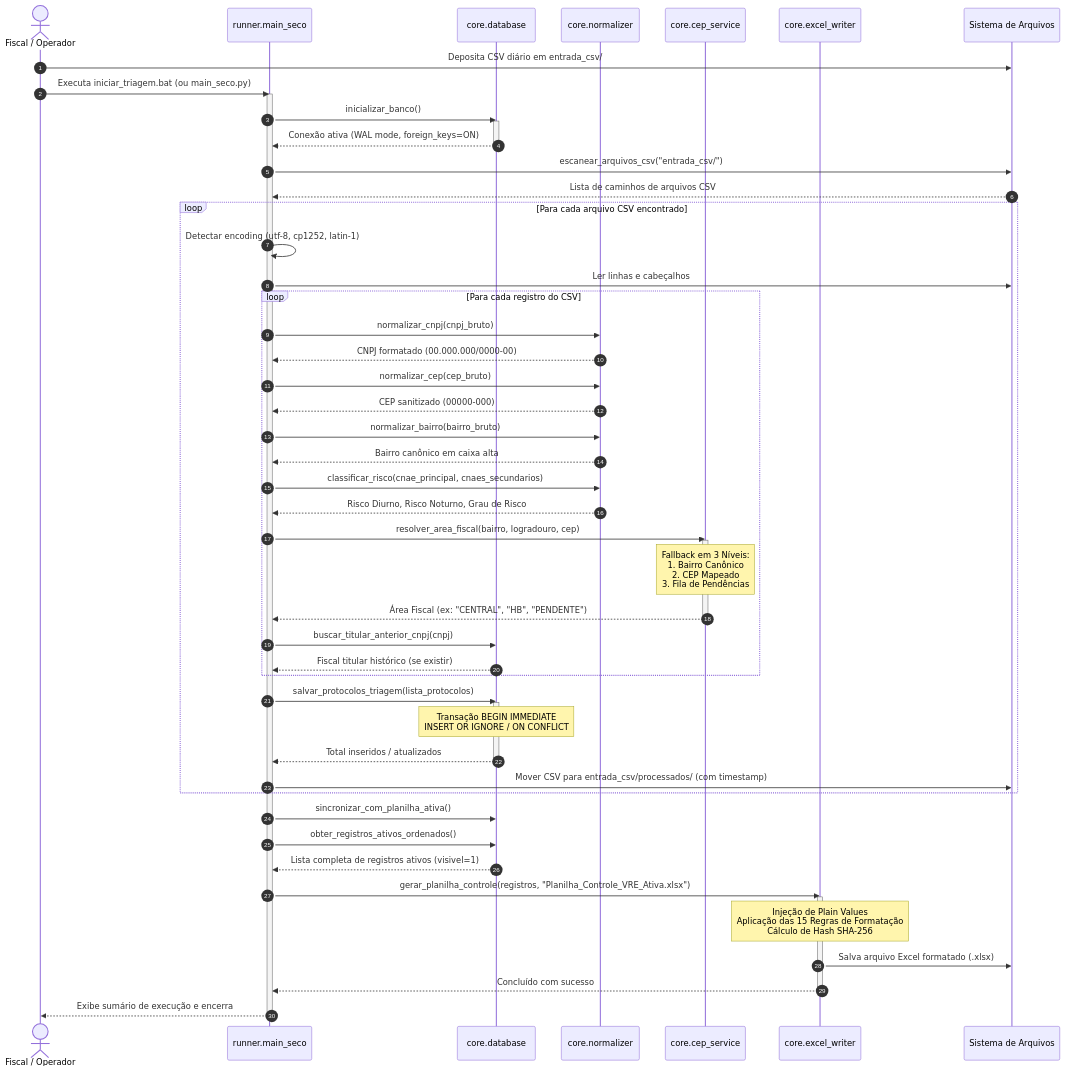
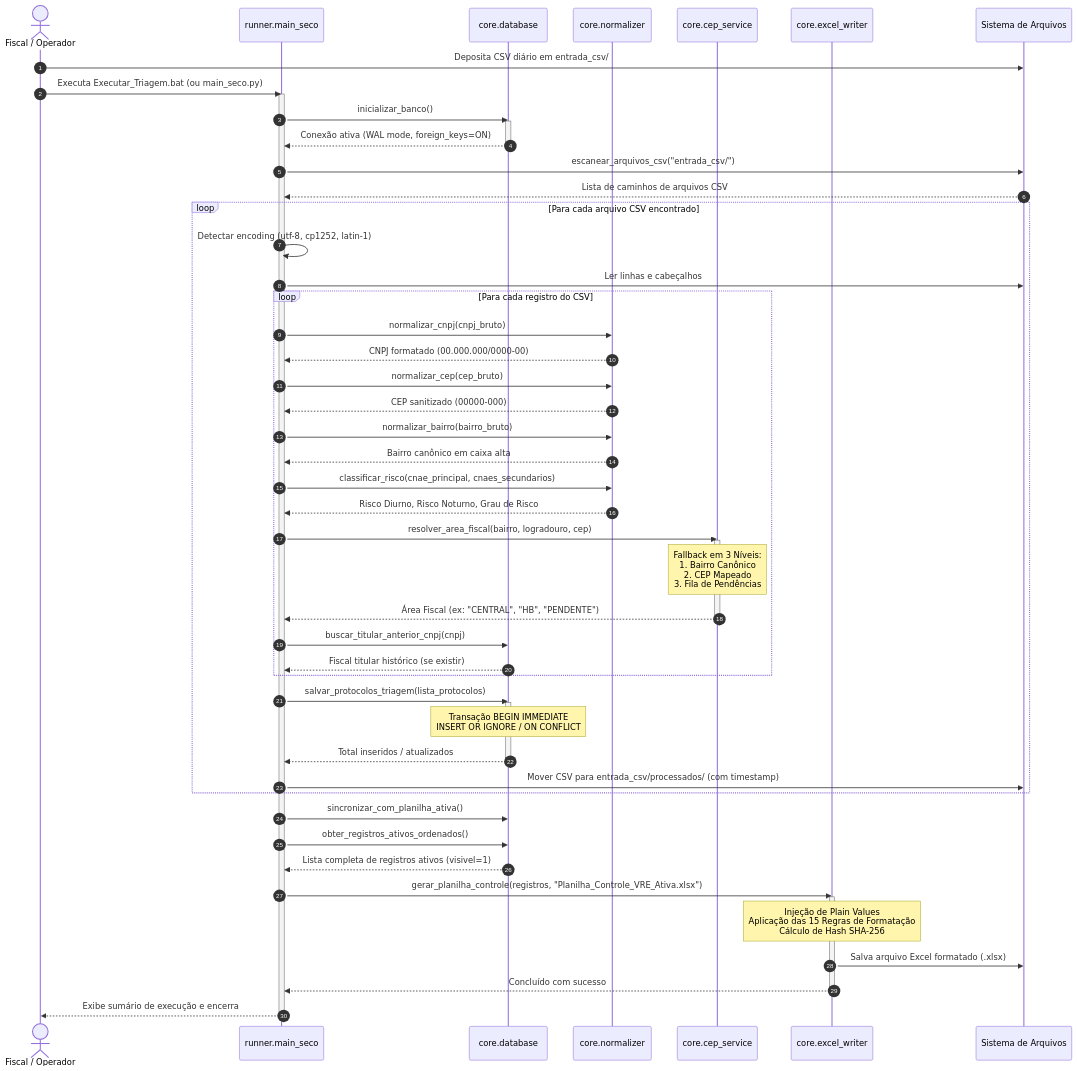
Before and after one commit to BrunoCamiloRibeiro/automacao-triagem-vre: the first of 8 diagrams in docs/04-fluxos-e-modelagem.md, drawn with Mermaid. The commit also changed 10 other files, not shown here.

````diff
--- a/docs/04-fluxos-e-modelagem.md
+++ b/docs/04-fluxos-e-modelagem.md
@@ -29,73 +29,73 @@
 ```mermaid
 sequenceDiagram
     autonumber
     actor Operador as Fiscal / Operador
     participant Runner as runner.main_seco
     participant DB as core.database
     participant Norm as core.normalizer
     participant CEP as core.cep_service
     participant Excel as core.excel_writer
     participant FS as Sistema de Arquivos
 
     Operador->>FS: Deposita CSV diário em entrada_csv/
-    Operador->>Runner: Executa iniciar_triagem.bat (ou main_seco.py)
+    Operador->>Runner: Executa Executar_Triagem.bat (ou main_seco.py)
     
     activate Runner
     Runner->>DB: inicializar_banco()
     activate DB
     DB-->>Runner: Conexão ativa (WAL mode, foreign_keys=ON)
     deactivate DB
 
     Runner->>FS: escanear_arquivos_csv("entrada_csv/")
     FS-->>Runner: Lista de caminhos de arquivos CSV
 
     loop Para cada arquivo CSV encontrado
         Runner->>Runner: Detectar encoding (utf-8, cp1252, latin-1)
         Runner->>FS: Ler linhas e cabeçalhos
         
         loop Para cada registro do CSV
             Runner->>Norm: normalizar_cnpj(cnpj_bruto)
             Norm-->>Runner: CNPJ formatado (00.000.000/0000-00)
             
             Runner->>Norm: normalizar_cep(cep_bruto)
             Norm-->>Runner: CEP sanitizado (00000-000)
             
             Runner->>Norm: normalizar_bairro(bairro_bruto)
             Norm-->>Runner: Bairro canônico em caixa alta
             
             Runner->>Norm: classificar_risco(cnae_principal, cnaes_secundarios)
             Norm-->>Runner: Risco Diurno, Risco Noturno, Grau de Risco
             
             Runner->>CEP: resolver_area_fiscal(bairro, logradouro, cep)
             activate CEP
             Note over CEP: Fallback em 3 Níveis:<br/>1. Bairro Canônico<br/>2. CEP Mapeado<br/>3. Fila de Pendências
             CEP-->>Runner: Área Fiscal (ex: "CENTRAL", "HB", "PENDENTE")
             deactivate CEP
             
             Runner->>DB: buscar_titular_anterior_cnpj(cnpj)
             DB-->>Runner: Fiscal titular histórico (se existir)
         end
         
         Runner->>DB: salvar_protocolos_triagem(lista_protocolos)
         activate DB
         Note over DB: Transação BEGIN IMMEDIATE<br/>INSERT OR IGNORE / ON CONFLICT
         DB-->>Runner: Total inseridos / atualizados
         deactivate DB
         
         Runner->>FS: Mover CSV para entrada_csv/processados/ (com timestamp)
     end
 
     Runner->>DB: sincronizar_com_planilha_ativa()
     Runner->>DB: obter_registros_ativos_ordenados()
     DB-->>Runner: Lista completa de registros ativos (visivel=1)
 
     Runner->>Excel: gerar_planilha_controle(registros, "Planilha_Controle_VRE_Ativa.xlsx")
     activate Excel
     Note over Excel: Injeção de Plain Values<br/>Aplicação das 15 Regras de Formatação<br/>Cálculo de Hash SHA-256
     Excel->>FS: Salva arquivo Excel formatado (.xlsx)
     Excel-->>Runner: Concluído com sucesso
     deactivate Excel
 
     Runner-->>Operador: Exibe sumário de execução e encerra
     deactivate Runner
 ```
````
